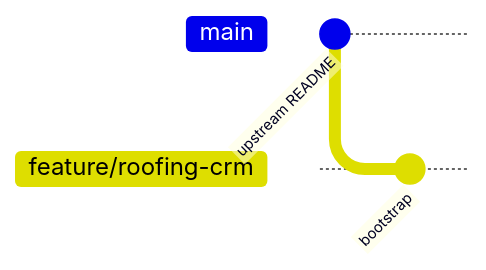
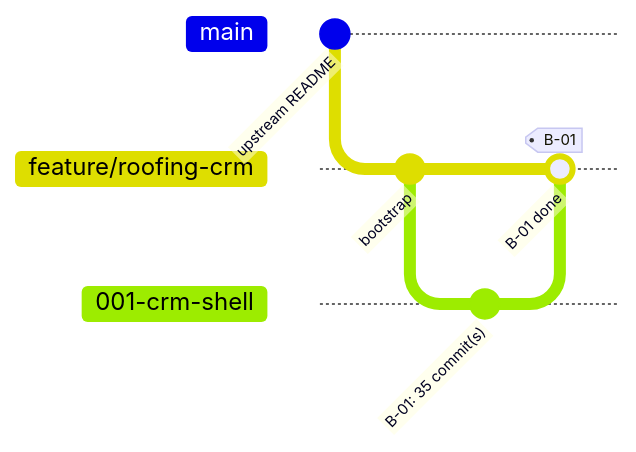
The second of 2 diagrams in docs/progress.md (HebaGaber/roofing-crm), drawn with Mermaid before and after one commit. The commit also changed other lines of this file and 1 other file, not shown here.

Commit message:
B-01: close out — status Done, gate G7, progress.md updated

````diff
--- a/docs/progress.md
+++ b/docs/progress.md
@@ -19,7 +19,11 @@
 ```mermaid
 %%{init: { 'gitGraph': { 'mainBranchName': 'main', 'showCommitLabel': true } } }%%
 gitGraph
   commit id: "upstream README"
   branch "feature/roofing-crm"
   commit id: "bootstrap"
+  branch "001-crm-shell"
+  commit id: "B-01: 35 commit(s)"
+  checkout "feature/roofing-crm"
+  merge "001-crm-shell" id: "B-01 done" tag: "B-01"
 ```
````
